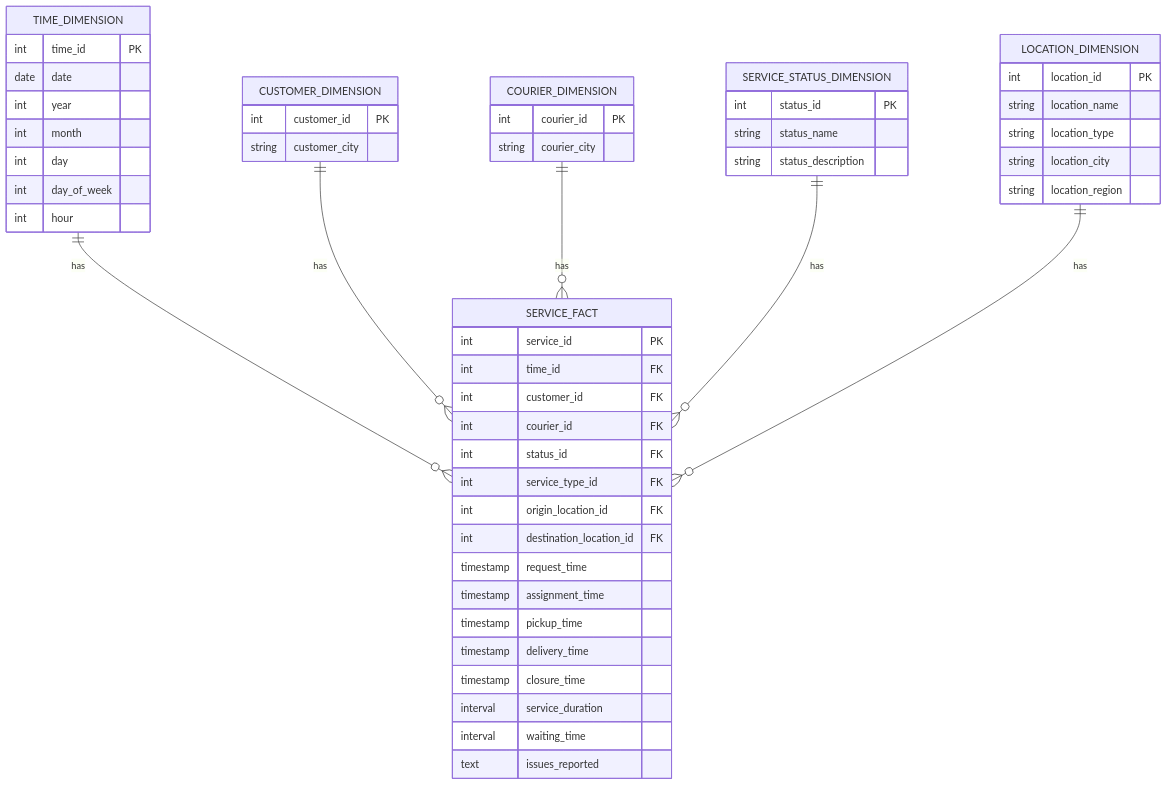
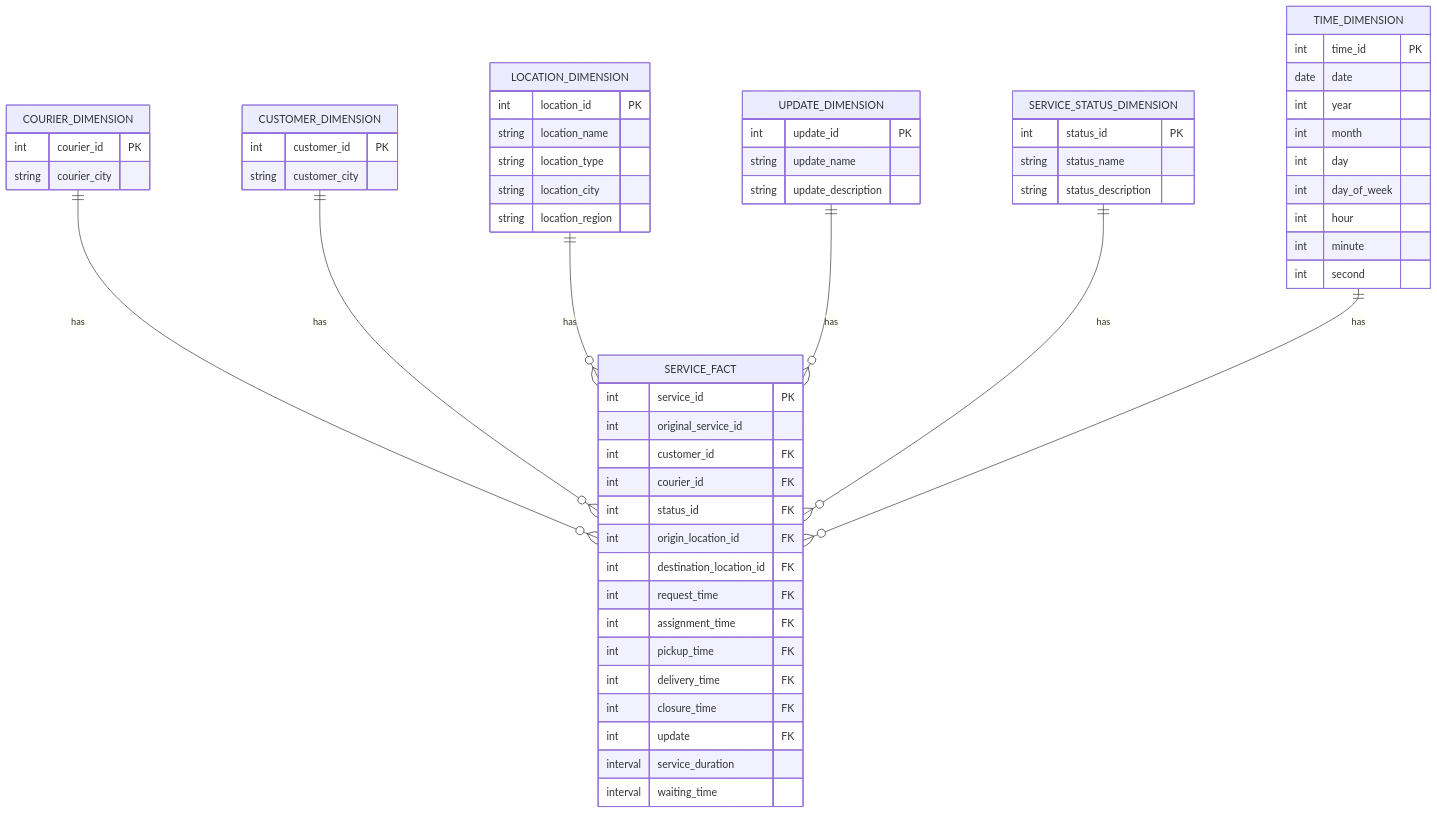
The eighth of 8 diagrams in dimensions_fact_table_and_data_mart.md (LONG-TERM-EFFECTS-OF-SUFFERING/Rapidos_y_Furiosos_data_warehouse), drawn with Mermaid before and after one commit. The commit also changed other lines of this file and 1 other file, not shown here.

Commit message:
edit Time dimension and the fact table and complete the bus matrix

````diff
--- a/dimensions_fact_table_and_data_mart.md
+++ b/dimensions_fact_table_and_data_mart.md
@@ -91,61 +110,69 @@
 ```MERMAID
 erDiagram
     COURIER_DIMENSION {
         int courier_id PK
         string courier_city
     }
 
     CUSTOMER_DIMENSION {
         int customer_id PK
         string customer_city
     }
 
     LOCATION_DIMENSION {
         int location_id PK
         string location_name
         string location_type
         string location_city
         string location_region
     }
 
+    UPDATE_DIMENSION {
+        int update_id PK
+        string update_name
+        string update_description
+    }
+
     SERVICE_STATUS_DIMENSION {
         int status_id PK
         string status_name
         string status_description
     }
 
     TIME_DIMENSION {
         int time_id PK
         date date
         int year
         int month
         int day
         int day_of_week
         int hour
+        int minute
+        int second
     }
 
     SERVICE_FACT {
         int service_id PK
-        int time_id FK
+        int original_service_id
         int customer_id FK
         int courier_id FK
         int status_id FK
-        int service_type_id FK
         int origin_location_id FK
         int destination_location_id FK
-        timestamp request_time
-        timestamp assignment_time
-        timestamp pickup_time
-        timestamp delivery_time
-        timestamp closure_time
+        int request_time FK
+        int assignment_time FK
+        int pickup_time FK
+        int delivery_time FK
+        int closure_time FK
+        int update FK
         interval service_duration
         interval waiting_time
-        text issues_reported
     }
 
+    COURIER_DIMENSION ||--o{ SERVICE_FACT : "has"
+    CUSTOMER_DIMENSION ||--o{ SERVICE_FACT : "has"
+    LOCATION_DIMENSION ||--o{ SERVICE_FACT : "has"
+    UPDATE_DIMENSION ||--o{ SERVICE_FACT : "has"
+    SERVICE_STATUS_DIMENSION ||--o{ SERVICE_FACT : "has"
     TIME_DIMENSION ||--o{ SERVICE_FACT : "has"
-    CUSTOMER_DIMENSION ||--o{ SERVICE_FACT : "has"
-    COURIER_DIMENSION ||--o{ SERVICE_FACT : "has"
-    SERVICE_STATUS_DIMENSION ||--o{ SERVICE_FACT : "has"
-    LOCATION_DIMENSION ||--o{ SERVICE_FACT : "has"
 ```
````
